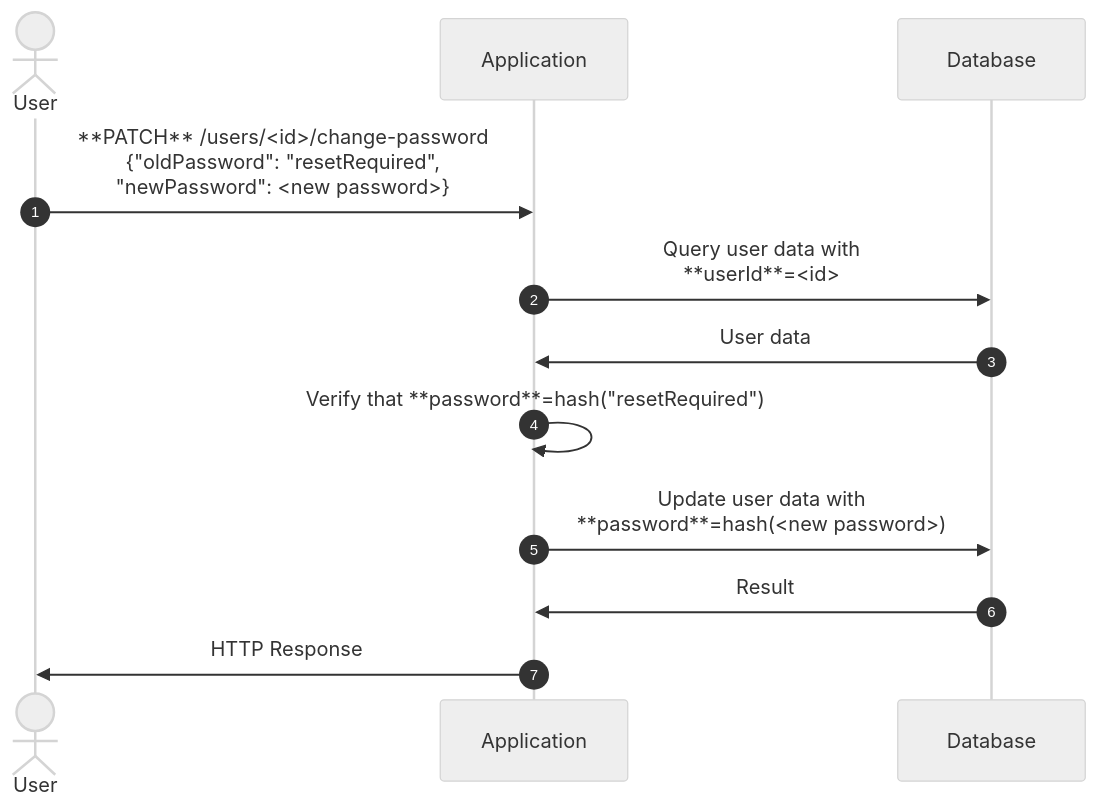
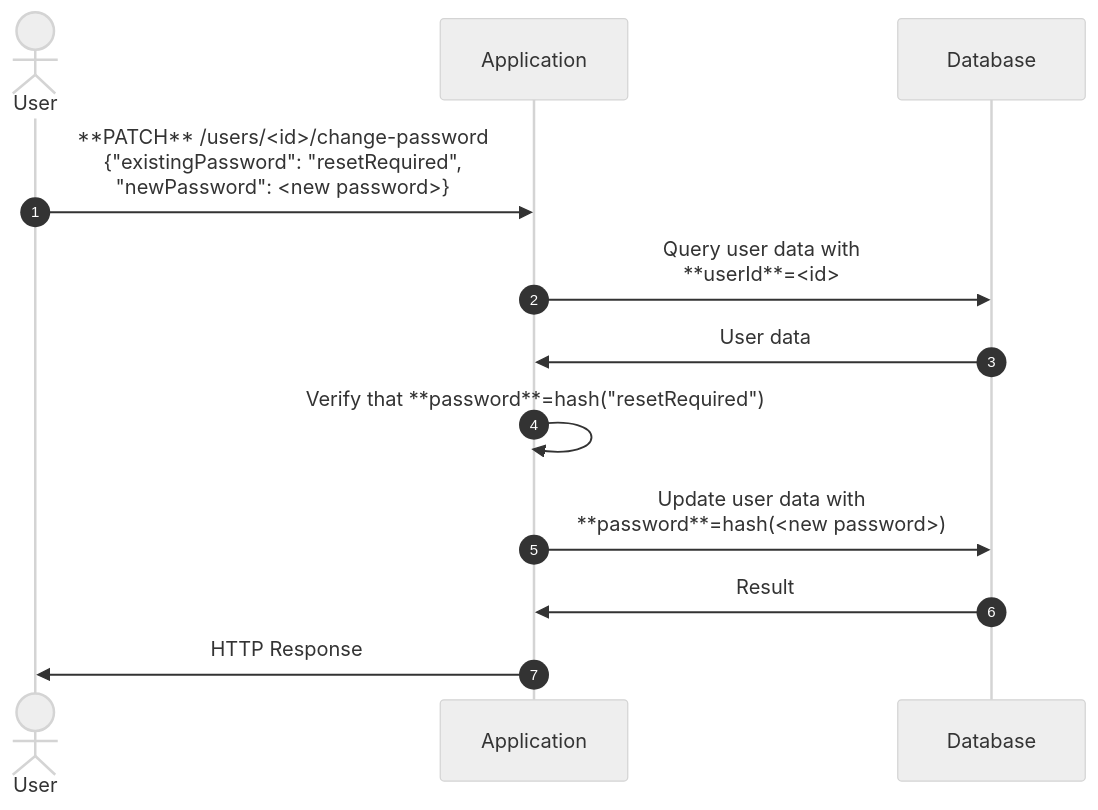
The eighth of 11 diagrams in README.md (sanjayrisbud/starzz-boot), drawn with Mermaid (neutral theme) before and after one commit. The commit also changed other lines of this file, not shown here.

````diff
--- a/README.md
+++ b/README.md
@@ -1579,16 +1579,16 @@
 ```mermaid
 sequenceDiagram
     autonumber
 
     actor User
     participant Application
     participant Database
 
-    User ->> Application: **PATCH** /users/<id>/change-password<br/>{"oldPassword": "resetRequired",<br/>"newPassword": <new password>}
+    User ->> Application: **PATCH** /users/<id>/change-password<br/>{"existingPassword": "resetRequired",<br/>"newPassword": <new password>}
     Application ->> Database: Query user data with<br/>**userId**=<id>
     Database ->> Application: User data
     Application ->> Application: Verify that **password**=hash("resetRequired")
     Application ->> Database: Update user data with<br/>**password**=hash(<new password>)
     Database ->> Application: Result
     Application ->> User: HTTP Response
 ```
````
